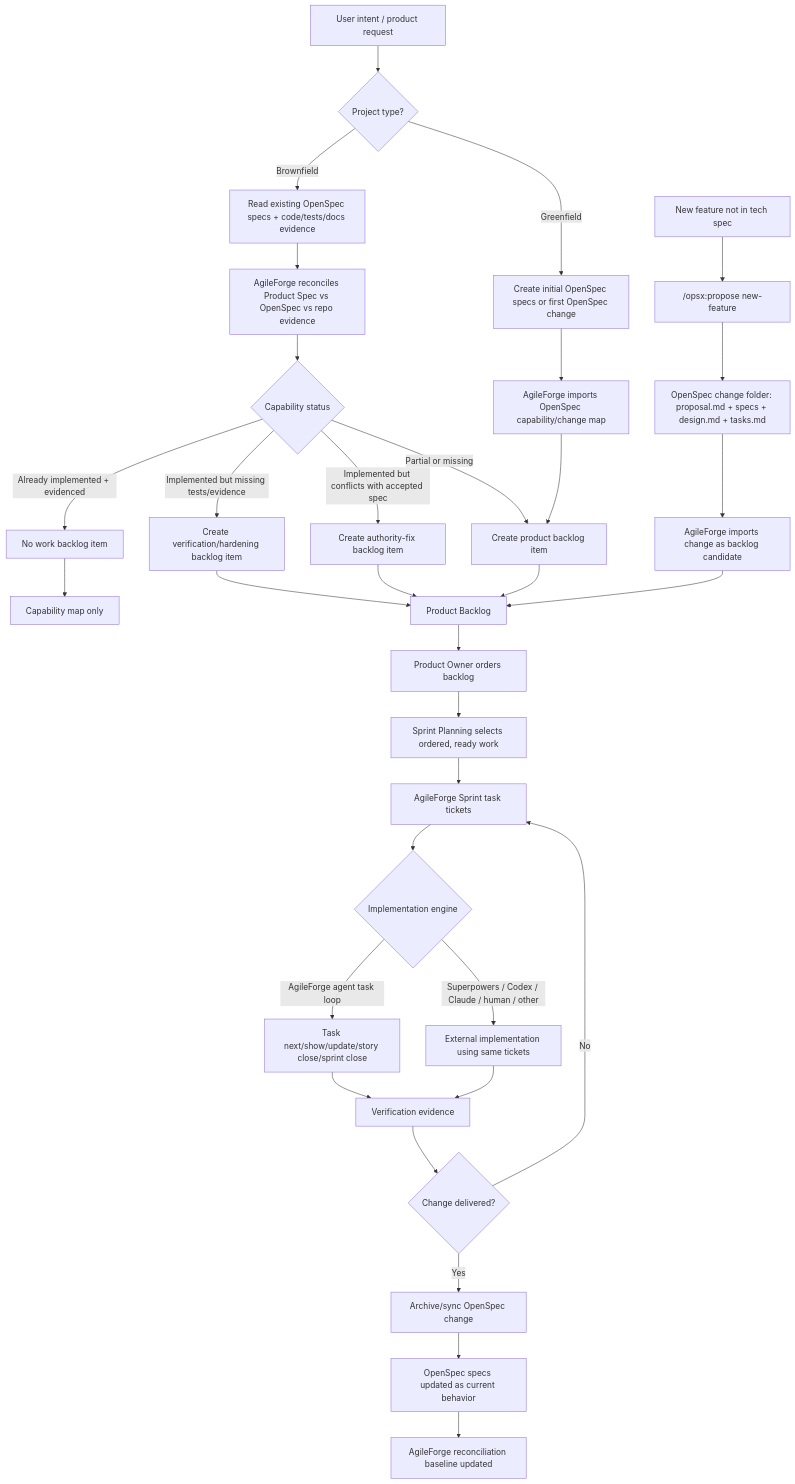
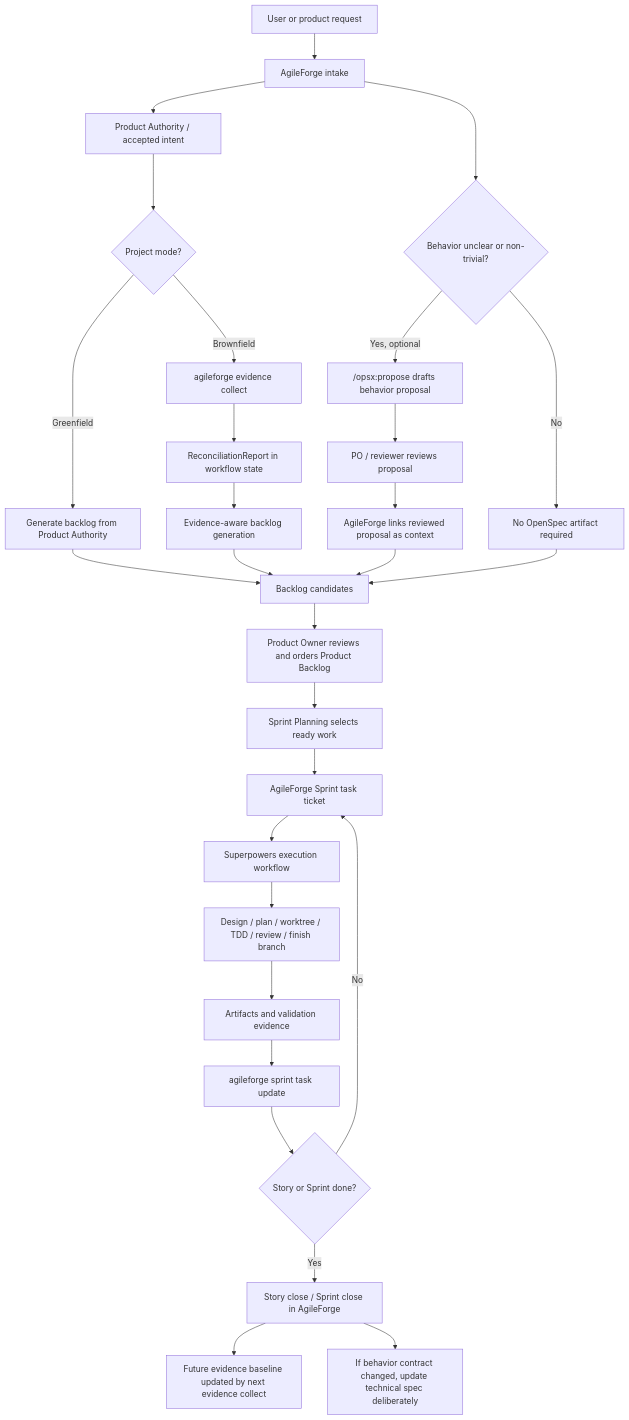
One commit to arduinitavares/agileforge changed the diagram in docs/superpowers/specs/openspec-agileforge-workflow-scheme.md. Above: the diagram before and after it, drawn with Mermaid. The commit also changed other lines of this file, not shown here.

Commit message:
docs: update openspec agileforge workflow scheme

````diff
--- a/docs/superpowers/specs/openspec-agileforge-workflow-scheme.md
+++ b/docs/superpowers/specs/openspec-agileforge-workflow-scheme.md
@@ -7,44 +18,35 @@
 ```mermaid
 flowchart TD
-    A["User intent / product request"] --> B{"Project type?"}
+    A["User or product request"] --> B["AgileForge intake"]
+    B --> C["Product Authority / accepted intent"]
+    B --> D{"Behavior unclear or non-trivial?"}
 
-    B -->|"Greenfield"| C["Create initial OpenSpec specs or first OpenSpec change"]
-    B -->|"Brownfield"| D["Read existing OpenSpec specs + code/tests/docs evidence"]
+    D -->|"Yes, optional"| E["/opsx:propose drafts behavior proposal"]
+    E --> F["PO / reviewer reviews proposal"]
+    F --> G["AgileForge links reviewed proposal as context"]
+    D -->|"No"| H["No OpenSpec artifact required"]
 
-    C --> E["AgileForge imports OpenSpec capability/change map"]
-    D --> F["AgileForge reconciles Product Spec vs OpenSpec vs repo evidence"]
+    C --> I{"Project mode?"}
+    I -->|"Greenfield"| J["Generate backlog from Product Authority"]
+    I -->|"Brownfield"| K["agileforge evidence collect"]
+    K --> L["ReconciliationReport in workflow state"]
+    L --> M["Evidence-aware backlog generation"]
+    J --> N["Backlog candidates"]
+    M --> N
+    G --> N
+    H --> N
 
-    F --> G{"Capability status"}
-    G -->|"Already implemented + evidenced"| H["No work backlog item"]
-    G -->|"Implemented but missing tests/evidence"| I["Create verification/hardening backlog item"]
-    G -->|"Implemented but conflicts with accepted spec"| J["Create authority-fix backlog item"]
-    G -->|"Partial or missing"| K["Create product backlog item"]
+    N --> O["Product Owner reviews and orders Product Backlog"]
+    O --> P["Sprint Planning selects ready work"]
+    P --> Q["AgileForge Sprint task ticket"]
 
-    E --> K
-    H --> L["Capability map only"]
-    I --> M["Product Backlog"]
-    J --> M
-    K --> M
-
-    M --> N["Product Owner orders backlog"]
-    N --> O["Sprint Planning selects ordered, ready work"]
-    O --> P["AgileForge Sprint task tickets"]
-
-    P --> Q{"Implementation engine"}
-    Q -->|"AgileForge agent task loop"| R["Task next/show/update/story close/sprint close"]
-    Q -->|"Superpowers / Codex / Claude / human / other"| S["External implementation using same tickets"]
-
-    R --> T["Verification evidence"]
-    S --> T
-
-    T --> U{"Change delivered?"}
-    U -->|"No"| P
-    U -->|"Yes"| V["Archive/sync OpenSpec change"]
-    V --> W["OpenSpec specs updated as current behavior"]
-    W --> X["AgileForge reconciliation baseline updated"]
-
-    Y["New feature not in tech spec"] --> Z["/opsx:propose new-feature"]
-    Z --> AA["OpenSpec change folder: proposal.md + specs + design.md + tasks.md"]
-    AA --> AB["AgileForge imports change as backlog candidate"]
-    AB --> M
+    Q --> R["Superpowers execution workflow"]
+    R --> S["Design / plan / worktree / TDD / review / finish branch"]
+    S --> T["Artifacts and validation evidence"]
+    T --> U["agileforge sprint task update"]
+    U --> V{"Story or Sprint done?"}
+    V -->|"No"| Q
+    V -->|"Yes"| W["Story close / Sprint close in AgileForge"]
+    W --> X["Future evidence baseline updated by next evidence collect"]
+    W --> Y["If behavior contract changed, update technical spec deliberately"]
 ```
````
